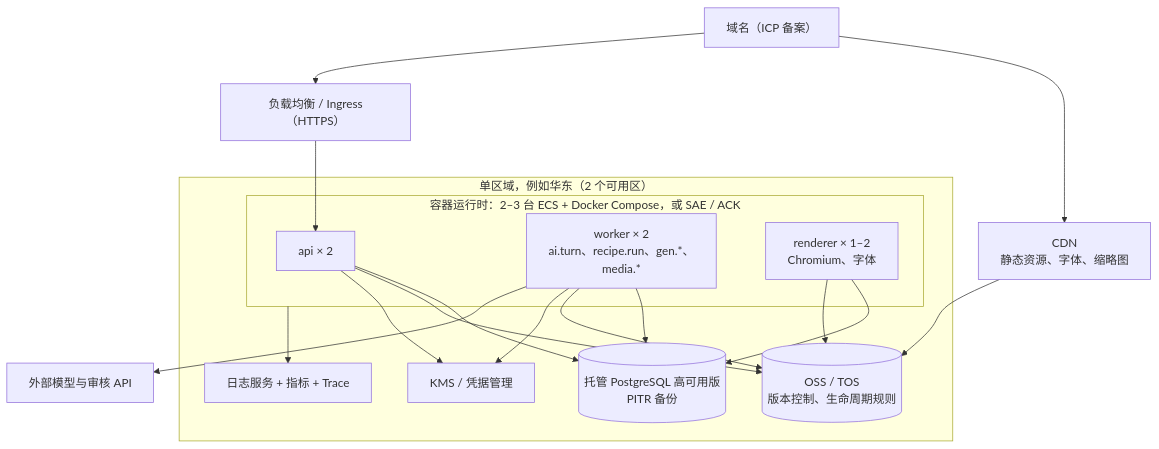
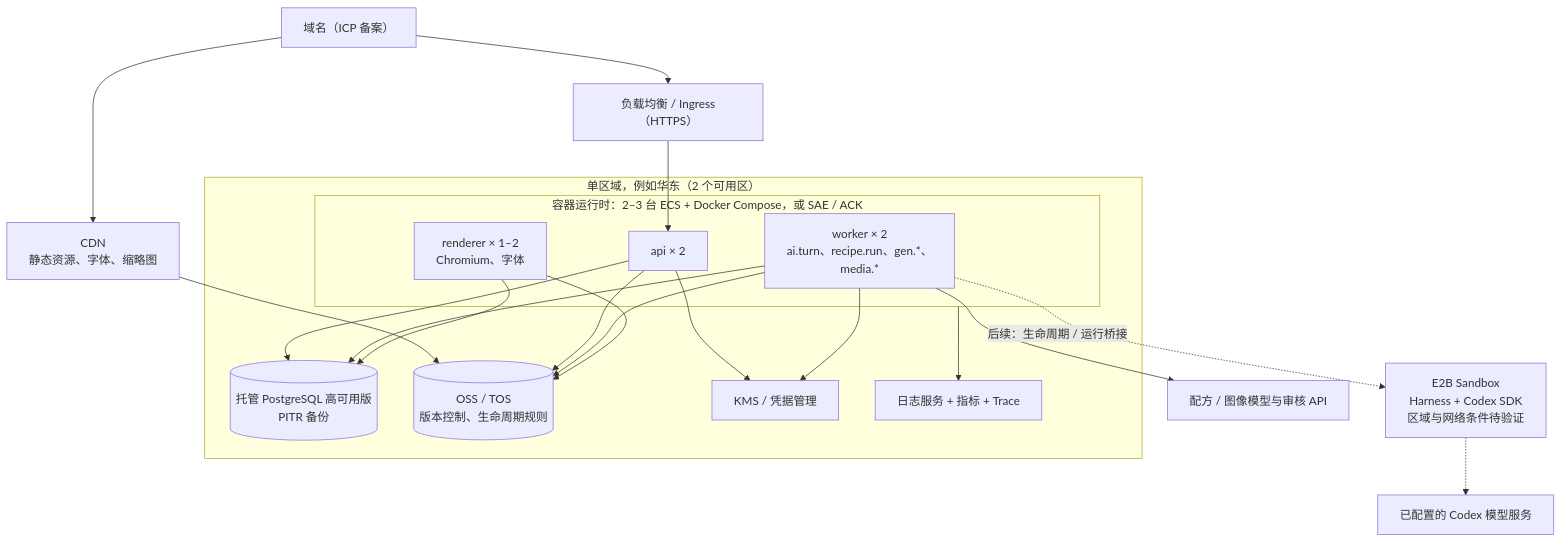
One commit to abystra/design-x changed the seventh of 10 diagrams in docs/architecture/02-architecture-diagrams.md. Above: the diagram before and after it, drawn with Mermaid. The commit also changed other lines of this file and 39 other files, not shown here.

Commit message:
feat: add persistent workspace API and adopt Codex E2B architecture

````diff
--- a/docs/architecture/02-architecture-diagrams.md
+++ b/docs/architecture/02-architecture-diagrams.md
@@ -392,30 +375,32 @@
 ```mermaid
 flowchart TB
   dns["域名（ICP 备案）"] --> cdn["CDN<br/>静态资源、字体、缩略图"]
   dns --> slb["负载均衡 / Ingress（HTTPS）"]
 
   subgraph Region["单区域，例如华东（2 个可用区）"]
     subgraph Compute["容器运行时：2–3 台 ECS + Docker Compose，或 SAE / ACK"]
       api1["api × 2"]
       wk["worker × 2<br/>ai.turn、recipe.run、gen.*、media.*"]
       rd["renderer × 1–2<br/>Chromium、字体"]
     end
     rds[("托管 PostgreSQL 高可用版<br/>PITR 备份")]
     oss[("OSS / TOS<br/>版本控制、生命周期规则")]
     kms["KMS / 凭据管理"]
     logs["日志服务 + 指标 + Trace"]
   end
 
   slb --> api1
   cdn --> oss
   api1 --> rds
   wk --> rds
   rd --> rds
   api1 --> oss
   wk --> oss
   rd --> oss
   api1 --> kms
   wk --> kms
   Compute --> logs
-  wk --> ext["外部模型与审核 API"]
+  wk --> ext["配方 / 图像模型与审核 API"]
+  wk -.->|后续：生命周期 / 运行桥接| e2b["E2B Sandbox<br/>Harness + Codex SDK<br/>区域与网络条件待验证"]
+  e2b -.-> codexService["已配置的 Codex 模型服务"]
 ```
````
